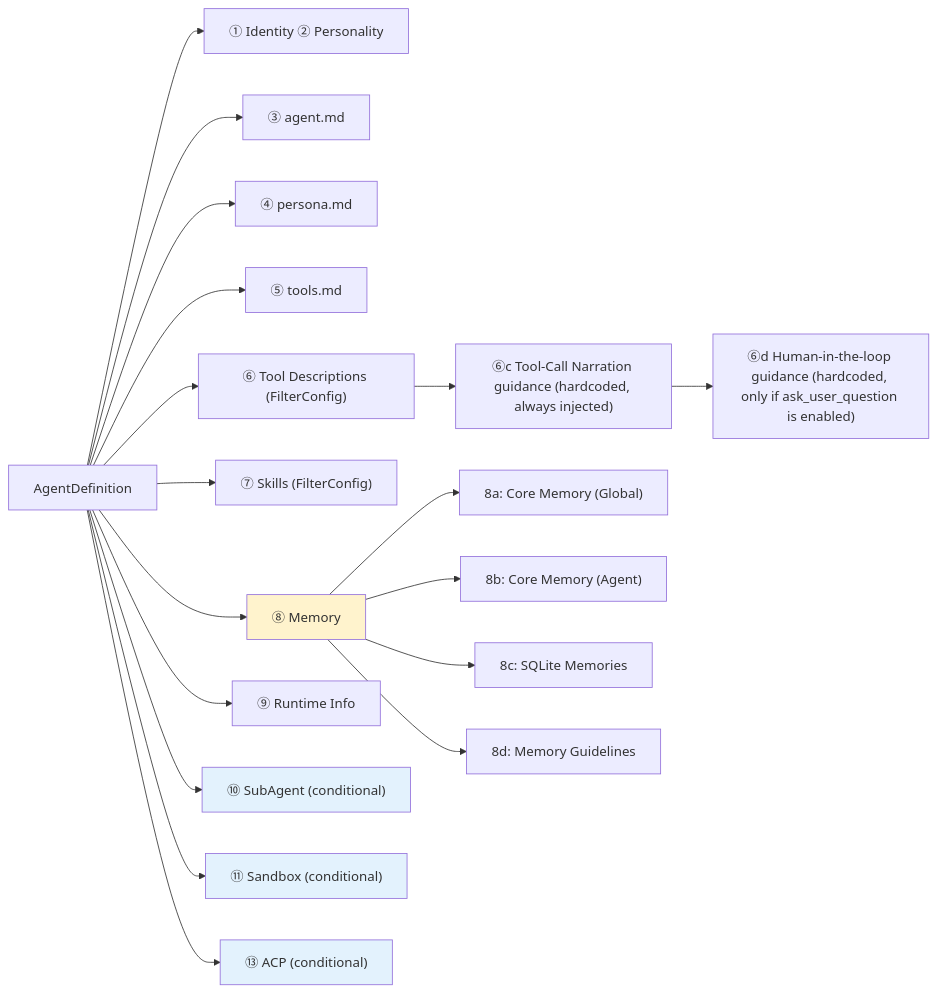
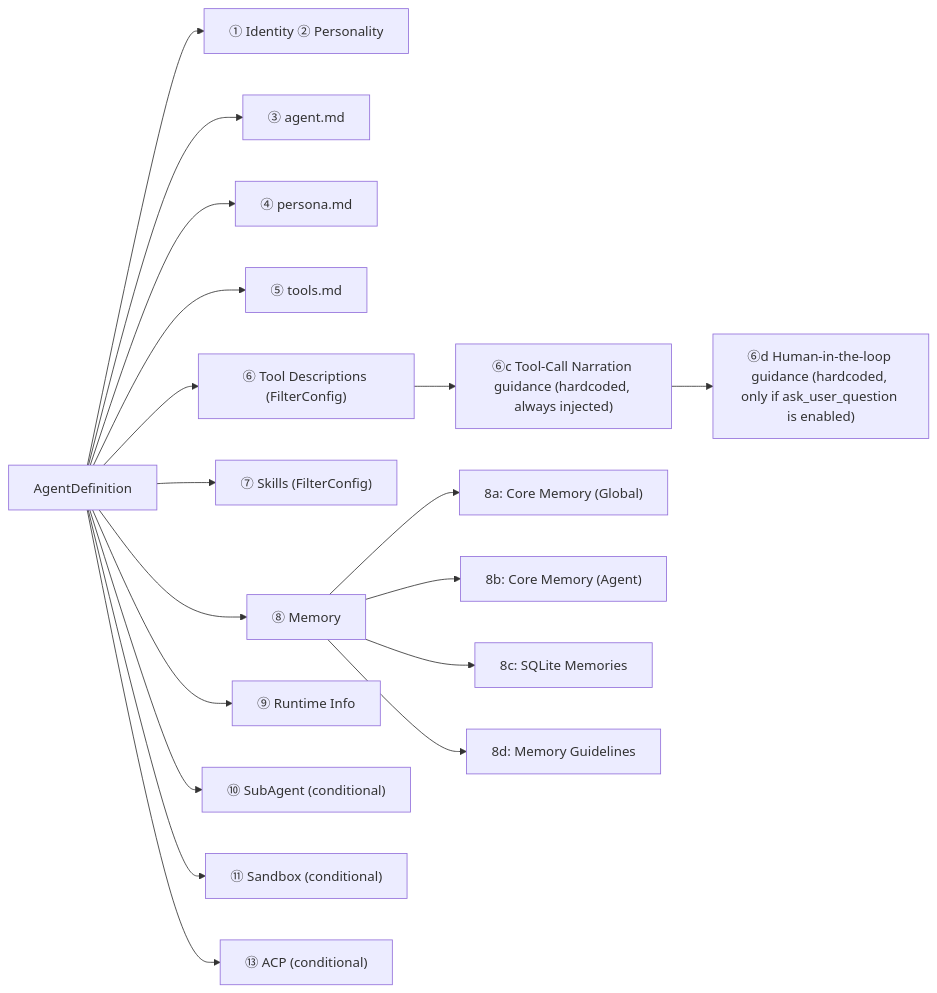
One commit to shiwenwen/hope-agent changed the third of 4 diagrams in docs/architecture/prompt-system.md. Above: the diagram before and after it, drawn with Mermaid. The commit also changed other lines of this file and 13 other files, not shown here.

First line of the commit message:
docs: 移除 mermaid 图表中的自定义背景色填充

````diff
--- a/docs/architecture/prompt-system.md
+++ b/docs/architecture/prompt-system.md
@@ -95,25 +91,21 @@
 ```mermaid
 graph LR
     AD["AgentDefinition"] --> S1["① Identity ② Personality"]
     AD --> S3["③ agent.md"]
     AD --> S4["④ persona.md"]
     AD --> S5["⑤ tools.md"]
     AD --> S6["⑥ Tool Descriptions (FilterConfig)"]
     S6 --> S6b["⑥c Tool-Call Narration guidance (hardcoded, always injected)"]
     S6b --> S6c["⑥d Human-in-the-loop guidance (hardcoded, only if ask_user_question is enabled)"]
     AD --> S7["⑦ Skills (FilterConfig)"]
     AD --> S8["⑧ Memory"]
     S8 --> S8a["8a: Core Memory (Global)"]
     S8 --> S8b["8b: Core Memory (Agent)"]
     S8 --> S8c["8c: SQLite Memories"]
     S8 --> S8d["8d: Memory Guidelines"]
     AD --> S9["⑨ Runtime Info"]
     AD --> S10["⑩ SubAgent (conditional)"]
     AD --> S11["⑪ Sandbox (conditional)"]
     AD --> S13["⑬ ACP (conditional)"]
 
-    style S8 fill:#fff3cd
-    style S10 fill:#e3f2fd
-    style S11 fill:#e3f2fd
-    style S13 fill:#e3f2fd
 ```
````
